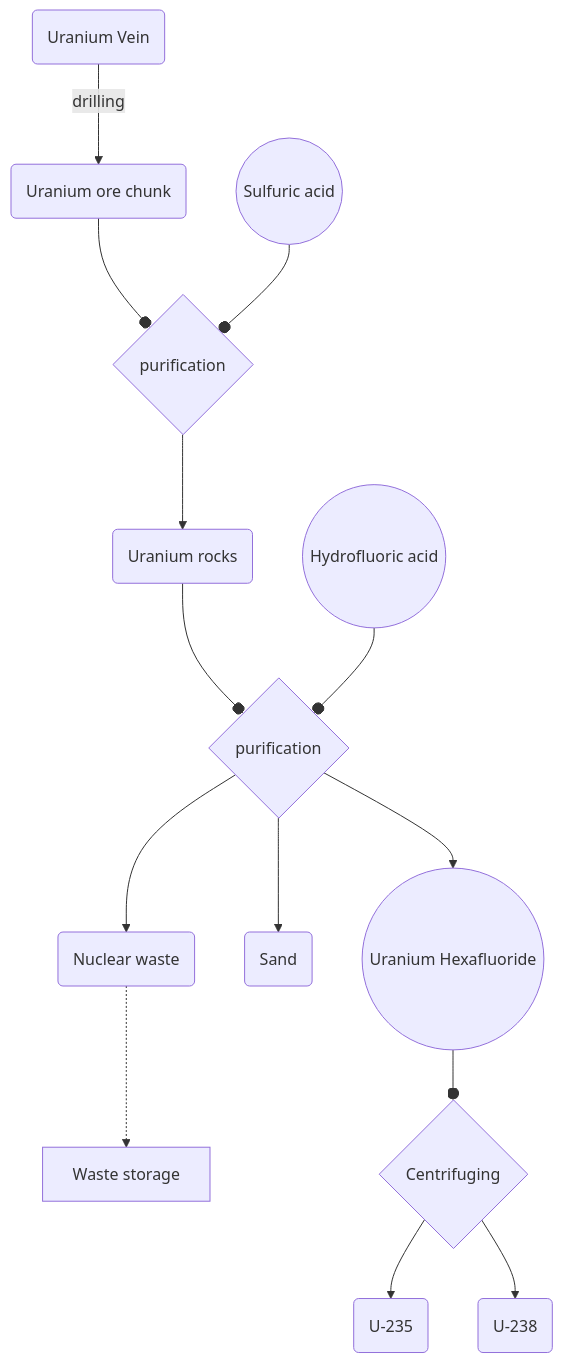
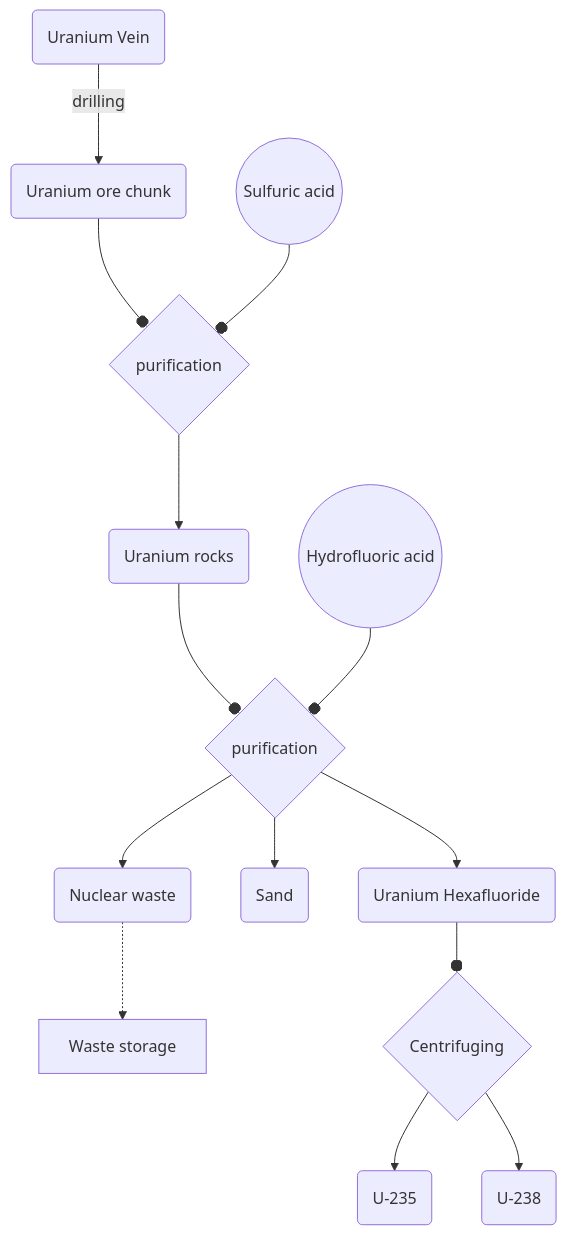
The sixth of 7 diagrams in electricity_age.md (PreLeyZero/248k-2), drawn with Mermaid before and after one commit.

````diff
--- a/electricity_age.md
+++ b/electricity_age.md
@@ -109,13 +109,13 @@
 ```mermaid
 
 flowchart TD
     A(Uranium Vein) --> |drilling| B(Uranium ore chunk) --o C{purification}
     D((Sulfuric acid)) --o C --> E(Uranium rocks) --o F{purification}
-    G((Hydrofluoric acid)) --o F --> H((Uranium Hexafluoride))
+    G((Hydrofluoric acid)) --o F --> H(Uranium Hexafluoride)
     F --> I(Sand)
     F --> J(Nuclear waste) -.-> N[Waste storage]
     H --o K{Centrifuging} --> L(U-235)
     K --> M(U-238)
 
 
 ```
````
